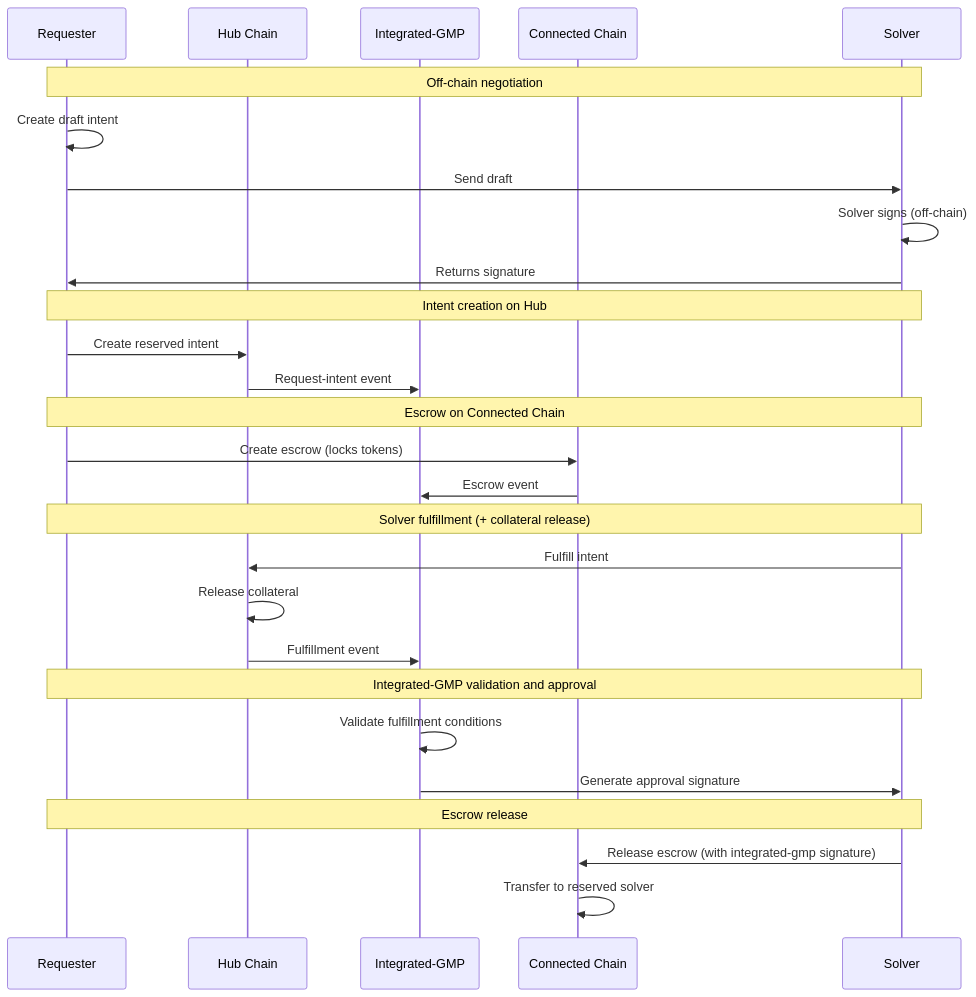
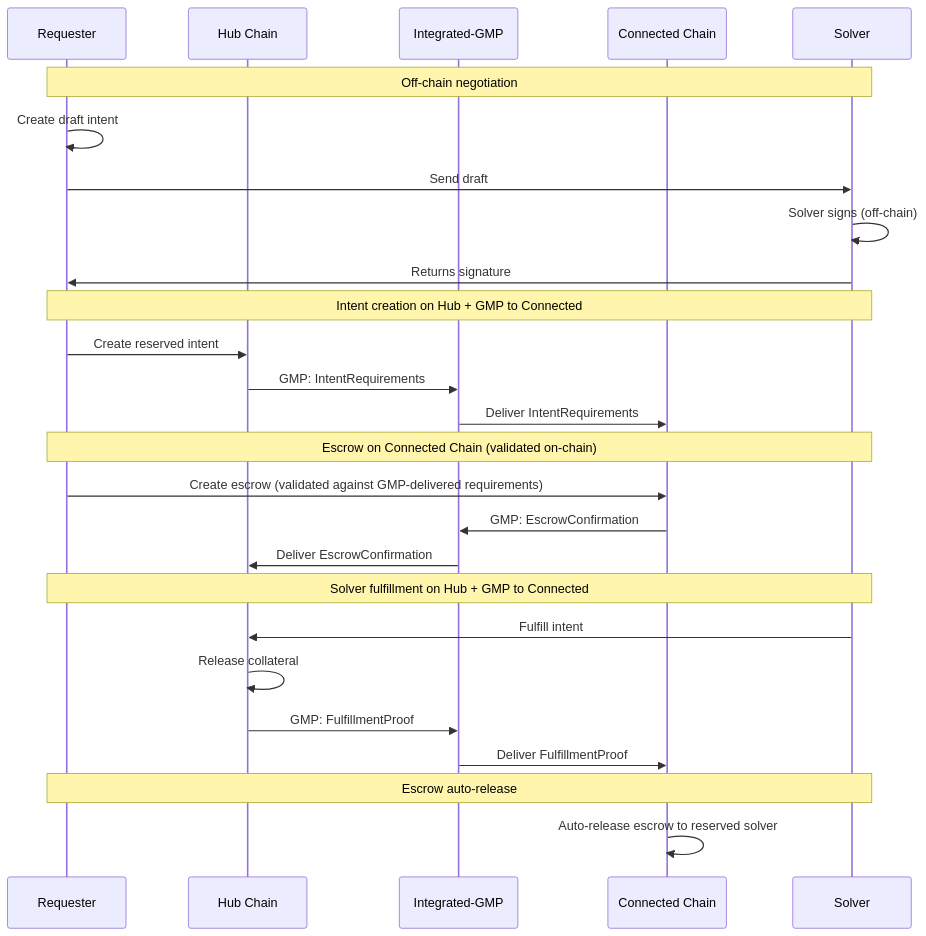
Before and after one commit to MoveIndustries/int3nts: the diagram in docs/architecture/conception/conception_inflow.md, drawn with Mermaid. The commit also changed other lines of this file and 16 other files, not shown here.

First line of the commit message:
docs: update architecture docs to reflect GMP message-based validation pattern

````diff
--- a/docs/architecture/conception/conception_inflow.md
+++ b/docs/architecture/conception/conception_inflow.md
@@ -15,35 +15,33 @@
 ```mermaid
 sequenceDiagram
     participant Requester
     participant Hub as Hub Chain
     participant IntegratedGMP as Integrated-GMP
     participant Connected as Connected Chain
     participant Solver
 
     Note over Requester,Solver: Off-chain negotiation
     Requester->>Requester: Create draft intent
     Requester->>Solver: Send draft
     Solver->>Solver: Solver signs (off-chain)
     Solver->>Requester: Returns signature
 
-    Note over Requester,Solver: Intent creation on Hub
+    Note over Requester,Solver: Intent creation on Hub + GMP to Connected
     Requester->>Hub: Create reserved intent
-    Hub->>IntegratedGMP: Request-intent event
+    Hub->>IntegratedGMP: GMP: IntentRequirements
+    IntegratedGMP->>Connected: Deliver IntentRequirements
 
-    Note over Requester,Solver: Escrow on Connected Chain
-    Requester->>Connected: Create escrow (locks tokens)
-    Connected->>IntegratedGMP: Escrow event
+    Note over Requester,Solver: Escrow on Connected Chain (validated on-chain)
+    Requester->>Connected: Create escrow (validated against GMP-delivered requirements)
+    Connected->>IntegratedGMP: GMP: EscrowConfirmation
+    IntegratedGMP->>Hub: Deliver EscrowConfirmation
 
-    Note over Requester,Solver: Solver fulfillment (+ collateral release)
+    Note over Requester,Solver: Solver fulfillment on Hub + GMP to Connected
     Solver->>Hub: Fulfill intent
     Hub->>Hub: Release collateral
-    Hub->>IntegratedGMP: Fulfillment event
+    Hub->>IntegratedGMP: GMP: FulfillmentProof
+    IntegratedGMP->>Connected: Deliver FulfillmentProof
 
-    Note over Requester,Solver: Integrated-GMP validation and approval
-    IntegratedGMP->>IntegratedGMP: Validate fulfillment conditions
-    IntegratedGMP->>Solver: Generate approval signature
-
-    Note over Requester,Solver: Escrow release
-    Solver->>Connected: Release escrow (with integrated-gmp signature)
-    Connected->>Connected: Transfer to reserved solver
+    Note over Requester,Solver: Escrow auto-release
+    Connected->>Connected: Auto-release escrow to reserved solver
 ```
````
